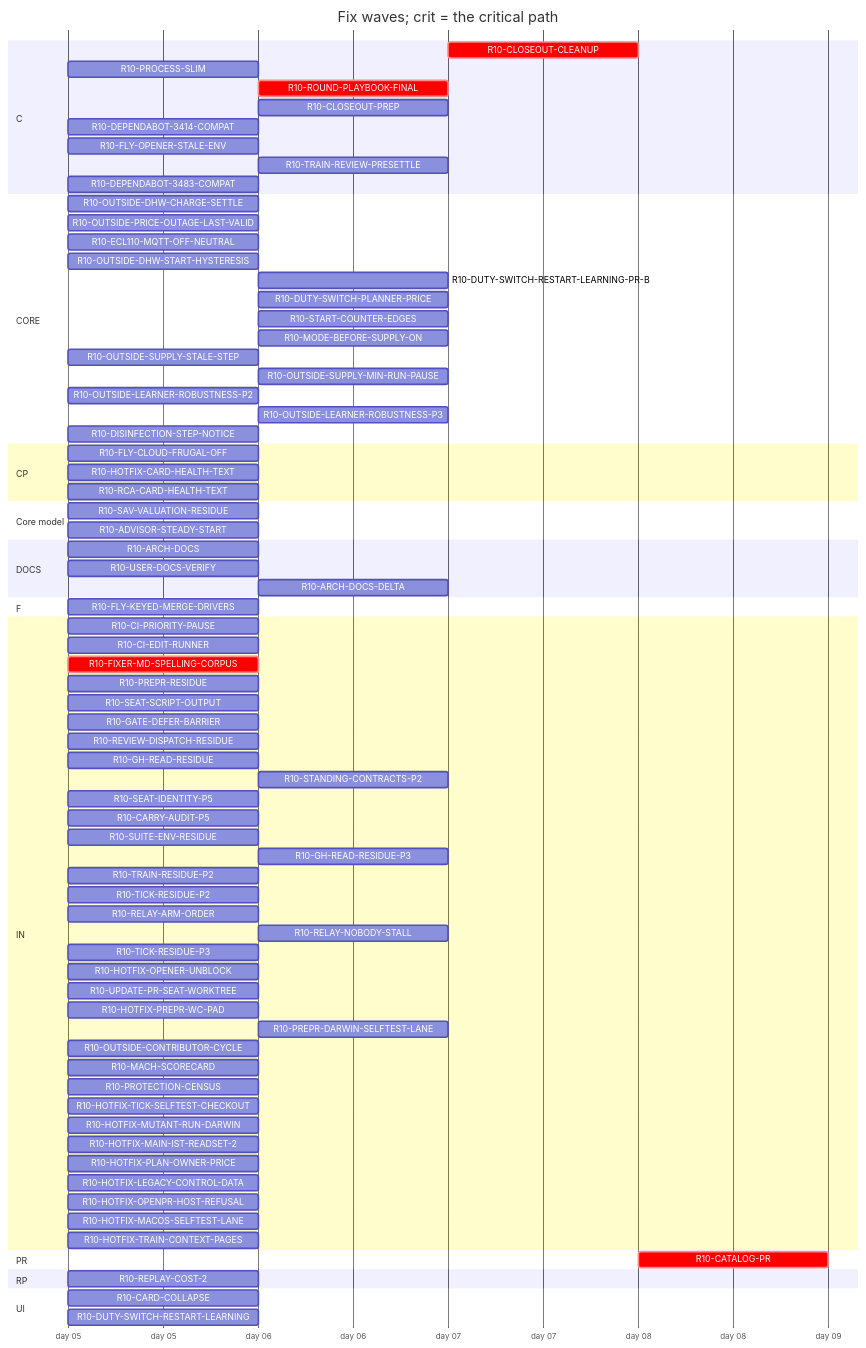
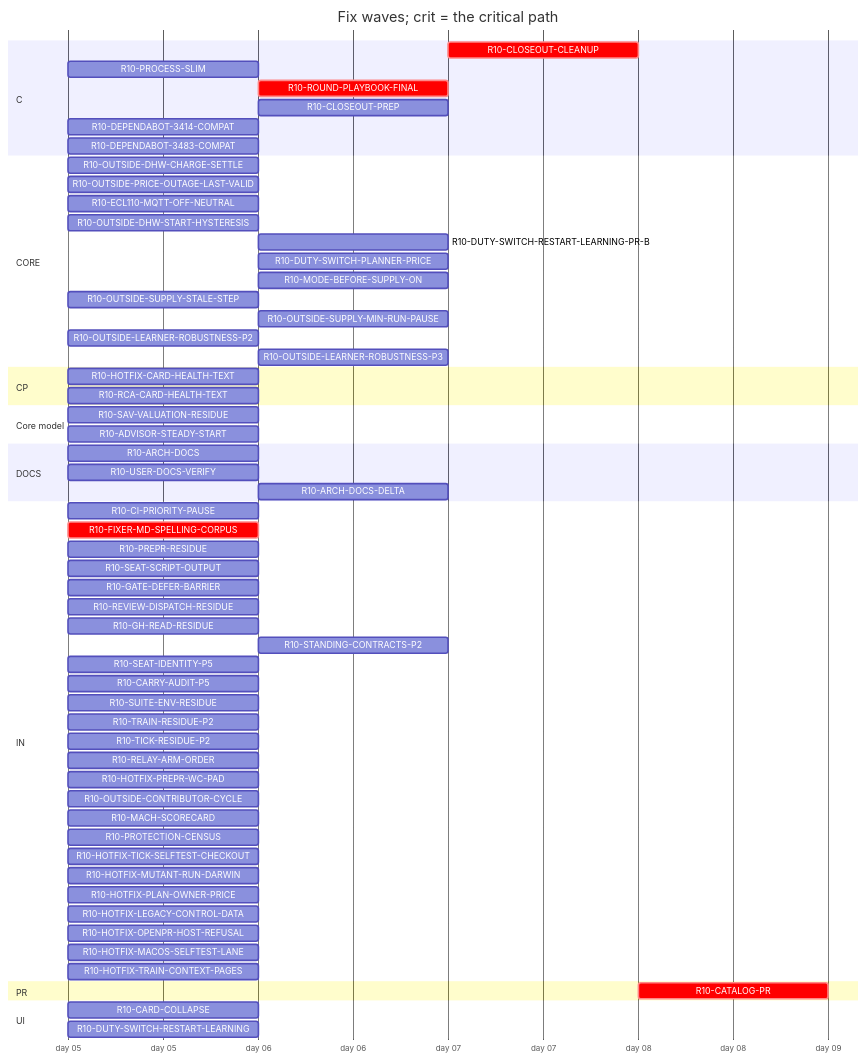
The diagram in handoff/round10/state/PLAN-TABLE.md (tvofi/heatpump_optimizer), drawn with Mermaid before and after one commit. The commit also changed other lines of this file and 3 other files, not shown here.

Commit message:
state: FLOW-BOARD.md, NEXT-SESSION-PROMPT.md, PLAN-TABLE.md, RESUME-CURRENT.md regenerated (state_docs.py)

```diff
--- a/handoff/round10/state/PLAN-TABLE.md
+++ b/handoff/round10/state/PLAN-TABLE.md
@@ -31,8 +29,6 @@
     R10-ROUND-PLAYBOOK-FINAL :crit, r10ROUNDPLAYBOOKFINAL, after r10FIXERMDSPELLINGCORPUS, 1d
     R10-CLOSEOUT-PREP :r10CLOSEOUTPREP, after r10ARCHDOCS r10FIXERMDSPELLINGCORPUS, 1d
     R10-DEPENDABOT-3414-COMPAT :r10DEPENDABOT3414COMPAT, 2026-01-05, 1d
-    R10-FLY-OPENER-STALE-ENV :r10FLYOPENERSTALEENV, 2026-01-05, 1d
-    R10-TRAIN-REVIEW-PRESETTLE :r10TRAINREVIEWPRESETTLE, after r10TRAINRESIDUEP2, 1d
     R10-DEPENDABOT-3483-COMPAT :r10DEPENDABOT3483COMPAT, 2026-01-05, 1d
   section CORE
     R10-OUTSIDE-DHW-CHARGE-SETTLE :r10OUTSIDEDHWCHARGESETTLE, 2026-01-05, 1d
@@ -41,15 +37,12 @@
     R10-OUTSIDE-DHW-START-HYSTERESIS :r10OUTSIDEDHWSTARTHYSTERESIS, 2026-01-05, 1d
     R10-DUTY-SWITCH-RESTART-LEARNING-PR-B :r10DUTYSWITCHRESTARTLEARNINGPRB, after r10DUTYSWITCHRESTARTLEARNING, 1d
     R10-DUTY-SWITCH-PLANNER-PRICE :r10DUTYSWITCHPLANNERPRICE, after r10DUTYSWITCHRESTARTLEARNING, 1d
-    R10-START-COUNTER-EDGES :r10STARTCOUNTEREDGES, after r10DUTYSWITCHRESTARTLEARNING, 1d
     R10-MODE-BEFORE-SUPPLY-ON :r10MODEBEFORESUPPLYON, after r10DUTYSWITCHRESTARTLEARNING, 1d
     R10-OUTSIDE-SUPPLY-STALE-STEP :r10OUTSIDESUPPLYSTALESTEP, 2026-01-05, 1d
     R10-OUTSIDE-SUPPLY-MIN-RUN-PAUSE :r10OUTSIDESUPPLYMINRUNPAUSE, after r10OUTSIDESUPPLYSTALESTEP, 1d
     R10-OUTSIDE-LEARNER-ROBUSTNESS-P2 :r10OUTSIDELEARNERROBUSTNESSP2, 2026-01-05, 1d
     R10-OUTSIDE-LEARNER-ROBUSTNESS-P3 :r10OUTSIDELEARNERROBUSTNESSP3, after r10OUTSIDELEARNERROBUSTNESSP2, 1d
-    R10-DISINFECTION-STEP-NOTICE :r10DISINFECTIONSTEPNOTICE, 2026-01-05, 1d
   section CP
-    R10-FLY-CLOUD-FRUGAL-OFF :r10FLYCLOUDFRUGALOFF, 2026-01-05, 1d
     R10-HOTFIX-CARD-HEALTH-TEXT :r10HOTFIXCARDHEALTHTEXT, 2026-01-05, 1d
     R10-RCA-CARD-HEALTH-TEXT :r10RCACARDHEALTHTEXT, 2026-01-05, 1d
   section Core model
@@ -59,11 +52,8 @@
     R10-ARCH-DOCS :r10ARCHDOCS, 2026-01-05, 1d
     R10-USER-DOCS-VERIFY :r10USERDOCSVERIFY, 2026-01-05, 1d
     R10-ARCH-DOCS-DELTA :r10ARCHDOCSDELTA, after r10ARCHDOCS r10SAVVALUATIONRESIDUE r10ADVISORSTEADYSTART r10PROCESSSLIM, 1d
-  section F
-    R10-FLY-KEYED-MERGE-DRIVERS :r10FLYKEYEDMERGEDRIVERS, 2026-01-05, 1d
   section IN
     R10-CI-PRIORITY-PAUSE :r10CIPRIORITYPAUSE, 2026-01-05, 1d
-    R10-CI-EDIT-RUNNER :r10CIEDITRUNNER, 2026-01-05, 1d
     R10-FIXER-MD-SPELLING-CORPUS :crit, r10FIXERMDSPELLINGCORPUS, 2026-01-05, 1d
     R10-PREPR-RESIDUE :r10PREPRRESIDUE, 2026-01-05, 1d
     R10-SEAT-SCRIPT-OUTPUT :r10SEATSCRIPTOUTPUT, 2026-01-05, 1d
@@ -74,22 +64,15 @@
     R10-SEAT-IDENTITY-P5 :r10SEATIDENTITYP5, 2026-01-05, 1d
     R10-CARRY-AUDIT-P5 :r10CARRYAUDITP5, 2026-01-05, 1d
     R10-SUITE-ENV-RESIDUE :r10SUITEENVRESIDUE, 2026-01-05, 1d
-    R10-GH-READ-RESIDUE-P3 :r10GHREADRESIDUEP3, after r10GHREADRESIDUE, 1d
     R10-TRAIN-RESIDUE-P2 :r10TRAINRESIDUEP2, 2026-01-05, 1d
     R10-TICK-RESIDUE-P2 :r10TICKRESIDUEP2, 2026-01-05, 1d
     R10-RELAY-ARM-ORDER :r10RELAYARMORDER, 2026-01-05, 1d
-    R10-RELAY-NOBODY-STALL :r10RELAYNOBODYSTALL, after r10RELAYARMORDER r10REVIEWDISPATCHRESIDUE, 1d
-    R10-TICK-RESIDUE-P3 :r10TICKRESIDUEP3, 2026-01-05, 1d
-    R10-HOTFIX-OPENER-UNBLOCK :r10HOTFIXOPENERUNBLOCK, 2026-01-05, 1d
-    R10-UPDATE-PR-SEAT-WORKTREE :r10UPDATEPRSEATWORKTREE, 2026-01-05, 1d
     R10-HOTFIX-PREPR-WC-PAD :r10HOTFIXPREPRWCPAD, 2026-01-05, 1d
-    R10-PREPR-DARWIN-SELFTEST-LANE :r10PREPRDARWINSELFTESTLANE, after r10HOTFIXPREPRWCPAD, 1d
     R10-OUTSIDE-CONTRIBUTOR-CYCLE :r10OUTSIDECONTRIBUTORCYCLE, 2026-01-05, 1d
     R10-MACH-SCORECARD :r10MACHSCORECARD, 2026-01-05, 1d
     R10-PROTECTION-CENSUS :r10PROTECTIONCENSUS, 2026-01-05, 1d
     R10-HOTFIX-TICK-SELFTEST-CHECKOUT :r10HOTFIXTICKSELFTESTCHECKOUT, 2026-01-05, 1d
     R10-HOTFIX-MUTANT-RUN-DARWIN :r10HOTFIXMUTANTRUNDARWIN, 2026-01-05, 1d
-    R10-HOTFIX-MAIN-IST-READSET-2 :r10HOTFIXMAINISTREADSET2, 2026-01-05, 1d
     R10-HOTFIX-PLAN-OWNER-PRICE :r10HOTFIXPLANOWNERPRICE, 2026-01-05, 1d
     R10-HOTFIX-LEGACY-CONTROL-DATA :r10HOTFIXLEGACYCONTROLDATA, 2026-01-05, 1d
     R10-HOTFIX-OPENPR-HOST-REFUSAL :r10HOTFIXOPENPRHOSTREFUSAL, 2026-01-05, 1d
@@ -97,8 +80,6 @@
     R10-HOTFIX-TRAIN-CONTEXT-PAGES :r10HOTFIXTRAINCONTEXTPAGES, 2026-01-05, 1d
   section PR
     R10-CATALOG-PR :crit, r10CATALOGPR, after r10USERDOCSVERIFY r10ARCHDOCS r10ROUNDPLAYBOOKFINAL r10CLOSEOUTCLEANUP r10CLOSEOUTPREP r10ARCHDOCSDELTA, 1d
-  section RP
-    R10-REPLAY-COST-2 :r10REPLAYCOST2, 2026-01-05, 1d
   section UI
     R10-CARD-COLLAPSE :r10CARDCOLLAPSE, 2026-01-05, 1d
     R10-DUTY-SWITCH-RESTART-LEARNING :r10DUTYSWITCHRESTARTLEARNING, 2026-01-05, 1d
```
